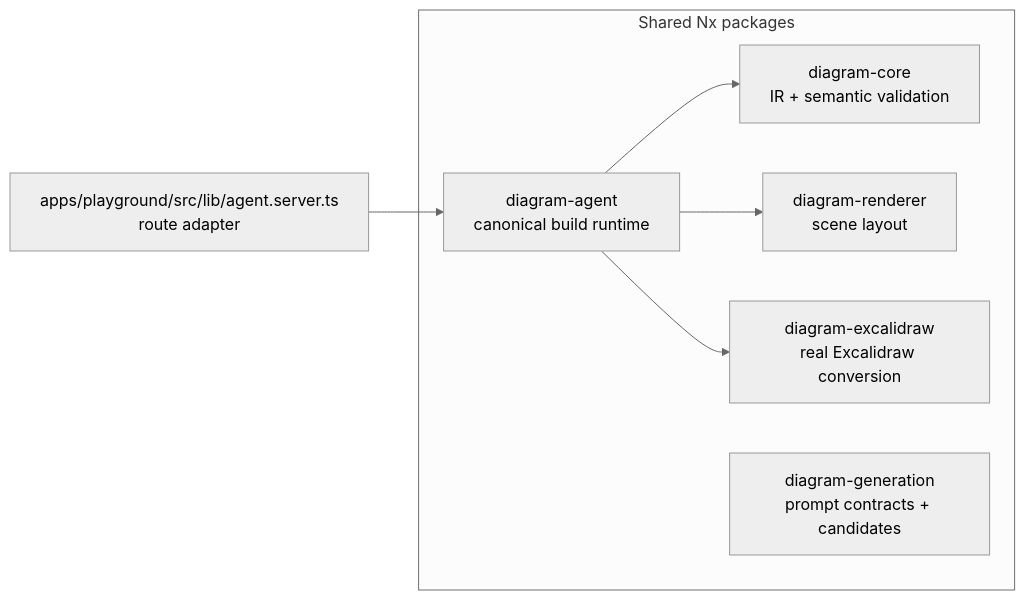
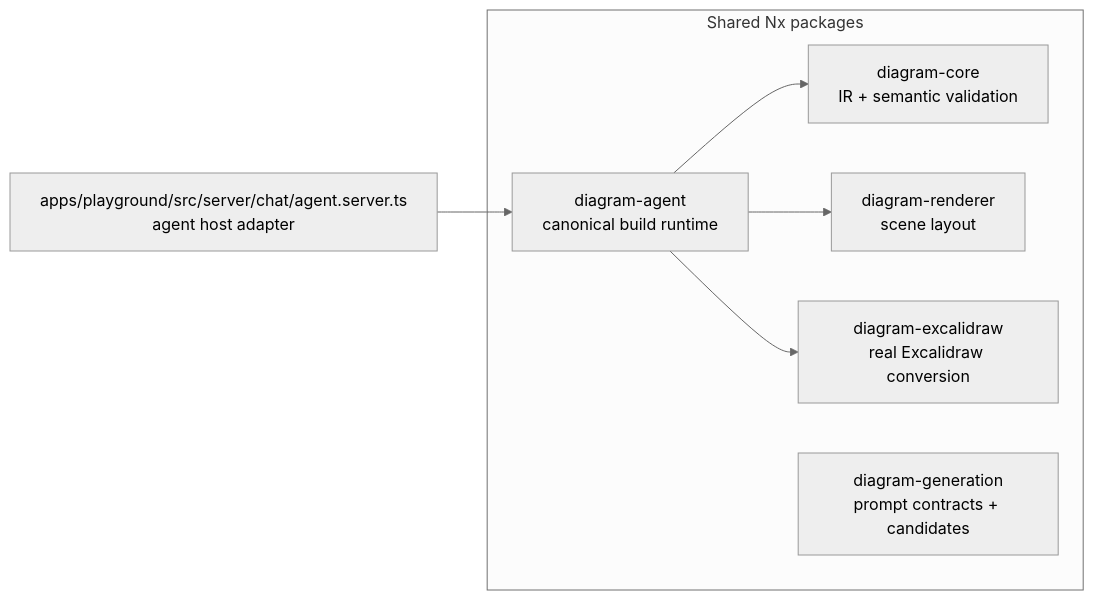
One commit to shpitdev/sketchi changed the third of 7 diagrams in docs/agentic-generation.md. Above: the diagram before and after it, drawn with Mermaid (neutral theme). The commit also changed 40 other files, not shown here.

Commit message:
refactor: organize playground server domains (#226)

````diff
--- a/docs/agentic-generation.md
+++ b/docs/agentic-generation.md
@@ -61,17 +61,17 @@
 ```mermaid
 flowchart LR
-  AgentServer["apps/playground/src/lib/agent.server.ts<br/>route adapter"]
+  AgentServer["apps/playground/src/server/chat/agent.server.ts<br/>agent host adapter"]
 
   subgraph Packages["Shared Nx packages"]
     Core["diagram-core<br/>IR + semantic validation"]
     Renderer["diagram-renderer<br/>scene layout"]
     Excalidraw["diagram-excalidraw<br/>real Excalidraw conversion"]
     Generation["diagram-generation<br/>prompt contracts + candidates"]
     Agent["diagram-agent<br/>canonical build runtime"]
   end
 
   AgentServer --> Agent
   Agent --> Core
   Agent --> Renderer
   Agent --> Excalidraw
 ```
````
